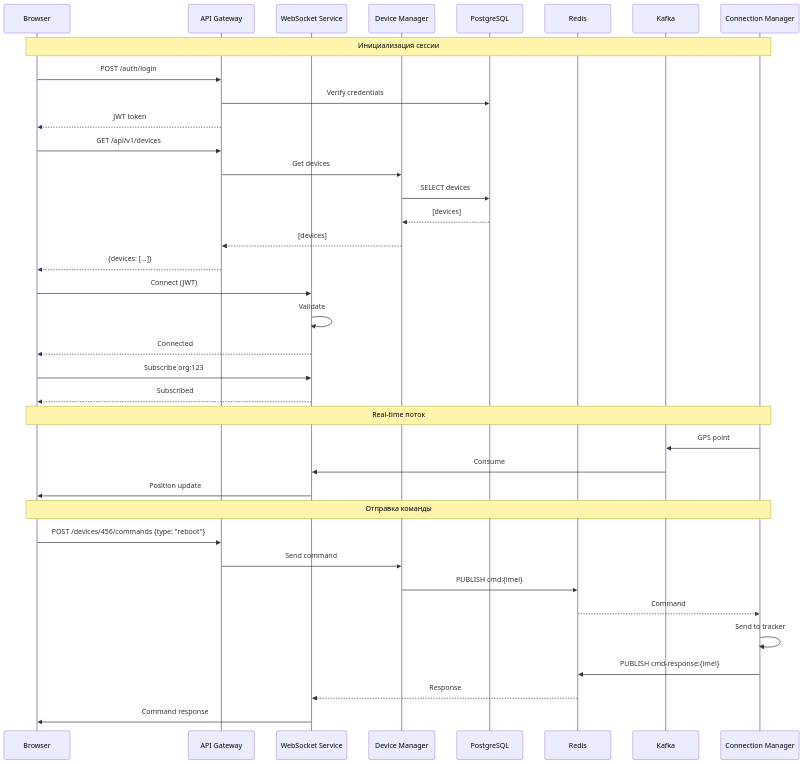
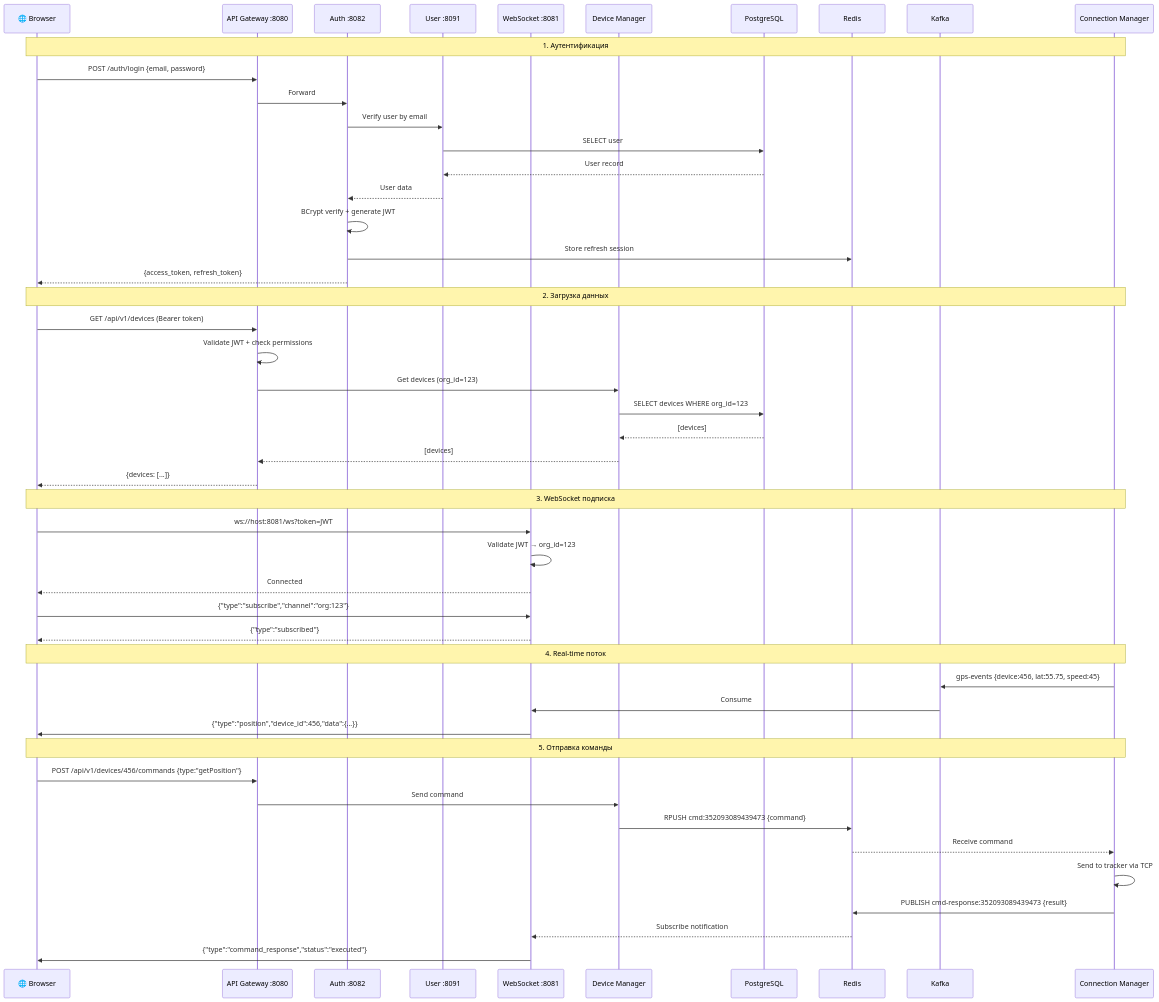
Before and after one commit to revarewerd/wayrecall-tracker-system: diagram 16 of 18 in docs/blocks/ARCHITECTURE_BLOCK3.md, drawn with Mermaid. The commit also changed other lines of this file and 544 other files, not shown here.

````diff
--- a/docs/blocks/ARCHITECTURE_BLOCK3.md
+++ b/docs/blocks/ARCHITECTURE_BLOCK3.md
@@ -1283,48 +981,62 @@
 ```mermaid
 sequenceDiagram
-    participant B as Browser
-    participant AG as API Gateway
-    participant WS as WebSocket Service
+    participant B as 🌐 Browser
+    participant GW as API Gateway :8080
+    participant AS as Auth :8082
+    participant US as User :8091
+    participant WS as WebSocket :8081
     participant DM as Device Manager
     participant DB as PostgreSQL
     participant R as Redis
     participant K as Kafka
     participant CM as Connection Manager
 
-    Note over B,CM: Инициализация сессии
+    Note over B,CM: 1. Аутентификация
 
-    B->>AG: POST /auth/login
-    AG->>DB: Verify credentials
-    AG-->>B: JWT token
+    B->>GW: POST /auth/login {email, password}
+    GW->>AS: Forward
+    AS->>US: Verify user by email
+    US->>DB: SELECT user
+    DB-->>US: User record
+    US-->>AS: User data
+    AS->>AS: BCrypt verify + generate JWT
+    AS->>R: Store refresh session
+    AS-->>B: {access_token, refresh_token}
 
-    B->>AG: GET /api/v1/devices
-    AG->>DM: Get devices
-    DM->>DB: SELECT devices
+    Note over B,CM: 2. Загрузка данных
+
+    B->>GW: GET /api/v1/devices (Bearer token)
+    GW->>GW: Validate JWT + check permissions
+    GW->>DM: Get devices (org_id=123)
+    DM->>DB: SELECT devices WHERE org_id=123
     DB-->>DM: [devices]
-    DM-->>AG: [devices]
-    AG-->>B: {devices: [...]}
+    DM-->>GW: [devices]
+    GW-->>B: {devices: [...]}
 
-    B->>WS: Connect (JWT)
-    WS->>WS: Validate
+    Note over B,CM: 3. WebSocket подписка
+
+    B->>WS: ws://host:8081/ws?token=JWT
+    WS->>WS: Validate JWT → org_id=123
     WS-->>B: Connected
 
-    B->>WS: Subscribe org:123
-    WS-->>B: Subscribed
+    B->>WS: {"type":"subscribe","channel":"org:123"}
+    WS-->>B: {"type":"subscribed"}
 
-    Note over B,CM: Real-time поток
+    Note over B,CM: 4. Real-time поток
 
-    CM->>K: GPS point
+    CM->>K: gps-events {device:456, lat:55.75, speed:45}
     K->>WS: Consume
-    WS->>B: Position update
+    WS->>B: {"type":"position","device_id":456,"data":{...}}
 
-    Note over B,CM: Отправка команды
+    Note over B,CM: 5. Отправка команды
 
-    B->>AG: POST /devices/456/commands {type: "reboot"}
-    AG->>DM: Send command
-    DM->>R: PUBLISH cmd:{imei}
-    R-->>CM: Command
-    CM->>CM: Send to tracker
-    CM->>R: PUBLISH cmd-response:{imei}
-    R-->>WS: Response
-    WS->>B: Command response
+    B->>GW: POST /api/v1/devices/456/commands {type:"getPosition"}
+    GW->>DM: Send command
+    DM->>R: RPUSH cmd:352093089439473 {command}
+    R-->>CM: Receive command
+    CM->>CM: Send to tracker via TCP
+
+    CM->>R: PUBLISH cmd-response:352093089439473 {result}
+    R-->>WS: Subscribe notification
+    WS->>B: {"type":"command_response","status":"executed"}
 ```
````
